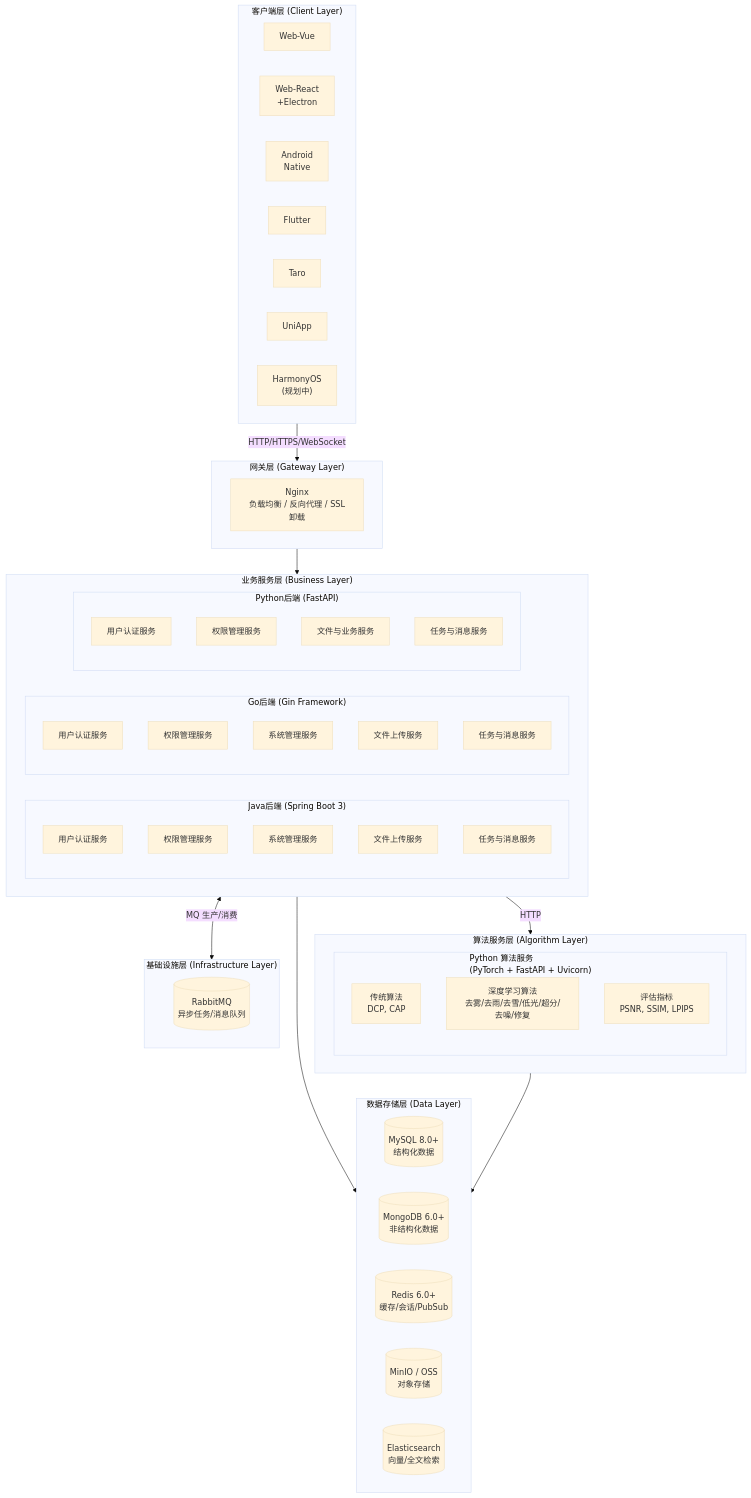
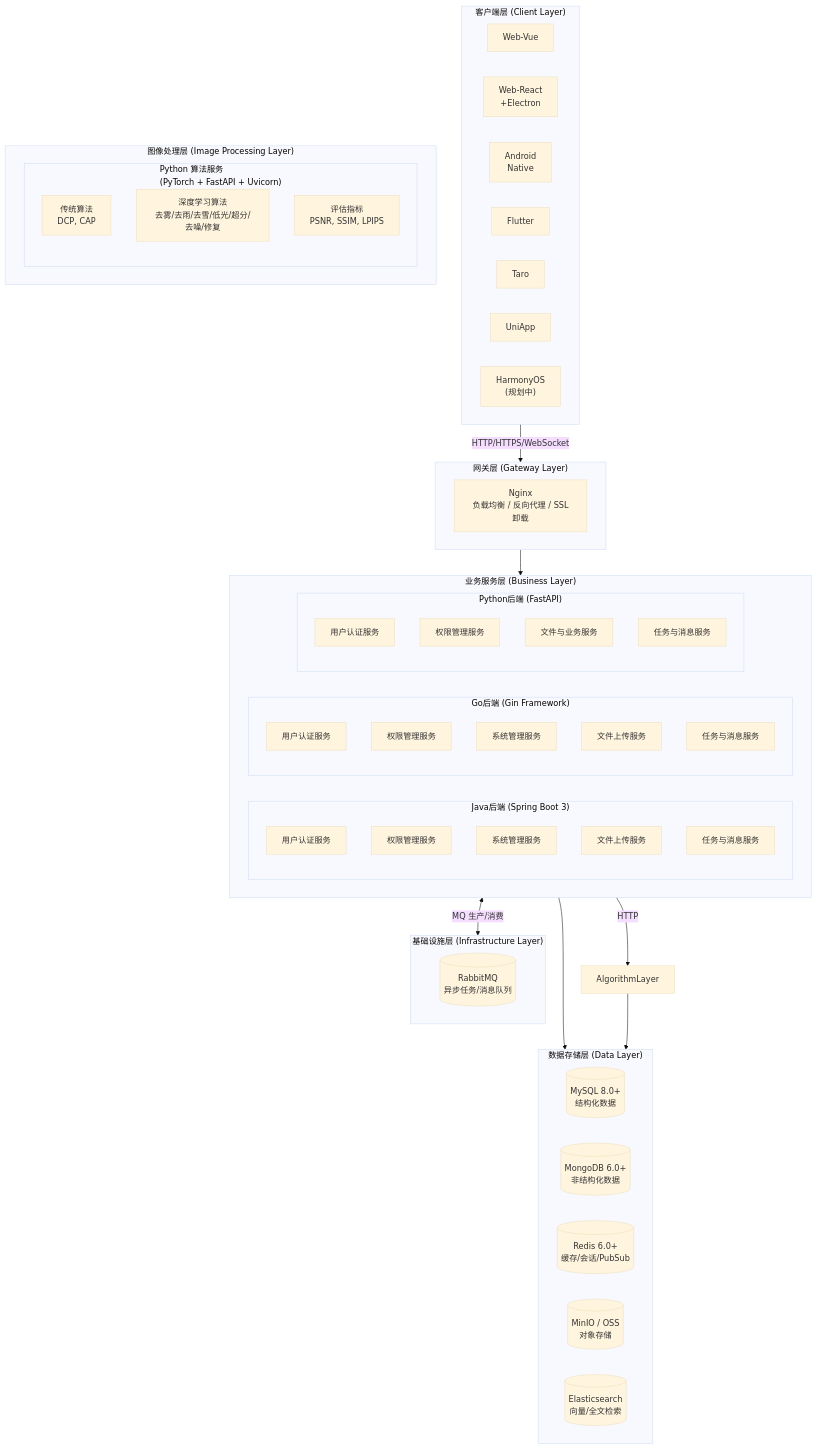
Before and after one commit to earthy-zinc/dehaze-system: the first of 5 diagrams in dehaze-doc/docs/02-系统架构/01-总体架构设计.md, drawn with Mermaid (base theme). The commit also changed other lines of this file and 239 other files, not shown here.

````diff
--- a/dehaze-doc/docs/02-系统架构/01-总体架构设计.md
+++ b/dehaze-doc/docs/02-系统架构/01-总体架构设计.md
@@ -27,69 +27,69 @@
 ```mermaid
 flowchart TB
     subgraph ClientLayer["客户端层 (Client Layer)"]
         direction LR
         WebVue["Web-Vue"]
         WebReact["Web-React<br/>+Electron"]
         Android["Android<br/>Native"]
         Flutter["Flutter"]
         Taro["Taro"]
         UniApp["UniApp"]
         Harmony["HarmonyOS<br/>(规划中)"]
     end
 
     subgraph GatewayLayer["网关层 (Gateway Layer)"]
         Nginx["Nginx<br/>负载均衡 / 反向代理 / SSL卸载"]
     end
 
     subgraph BusinessLayer["业务服务层 (Business Layer)"]
         direction LR
         subgraph JavaBackend["Java后端 (Spring Boot 3)"]
             JAuth["用户认证服务"]
             JRole["权限管理服务"]
             JSys["系统管理服务"]
             JFile["文件上传服务"]
             JTask["任务与消息服务"]
         end
         subgraph GoBackend["Go后端 (Gin Framework)"]
             GAuth["用户认证服务"]
             GRole["权限管理服务"]
             GSys["系统管理服务"]
             GFile["文件上传服务"]
             GTask["任务与消息服务"]
         end
         subgraph PythonBackend["Python后端 (FastAPI)"]
             PAuth["用户认证服务"]
             PRole["权限管理服务"]
             PFile["文件与业务服务"]
             PTask["任务与消息服务"]
         end
     end
 
-    subgraph AlgorithmLayer["算法服务层 (Algorithm Layer)"]
+    subgraph ImageProcessingLayer["图像处理层 (Image Processing Layer)"]
         subgraph PythonService["Python 算法服务<br/>(PyTorch + FastAPI + Uvicorn)"]
             Traditional["传统算法<br/>DCP, CAP"]
             DeepLearning["深度学习算法<br/>去雾/去雨/去雪/低光/超分/去噪/修复"]
             Metrics["评估指标<br/>PSNR, SSIM, LPIPS"]
         end
     end
 
     subgraph InfraLayer["基础设施层 (Infrastructure Layer)"]
         RabbitMQ[("RabbitMQ<br/>异步任务/消息队列")]
     end
 
     subgraph DataLayer["数据存储层 (Data Layer)"]
         direction LR
         MySQL[("MySQL 8.0+<br/>结构化数据")]
         MongoDB[("MongoDB 6.0+<br/>非结构化数据")]
         Redis[("Redis 6.0+<br/>缓存/会话/PubSub")]
         MinIO[("MinIO / OSS<br/>对象存储")]
         ES[("Elasticsearch<br/>向量/全文检索")]
     end
 
     ClientLayer -->|"HTTP/HTTPS/WebSocket"| GatewayLayer
     GatewayLayer --> BusinessLayer
     BusinessLayer -->|"HTTP"| AlgorithmLayer
     BusinessLayer <-->|"MQ 生产/消费"| InfraLayer
     BusinessLayer --> DataLayer
     AlgorithmLayer --> DataLayer
 ```
````
